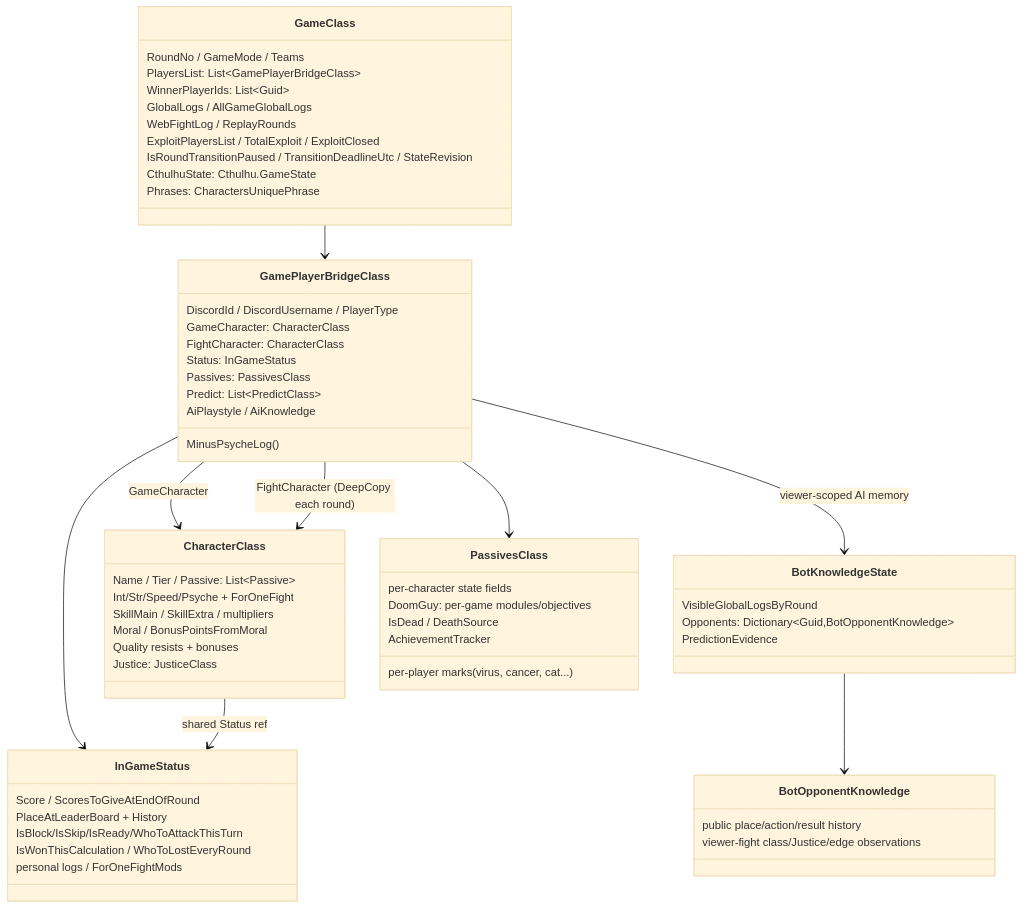
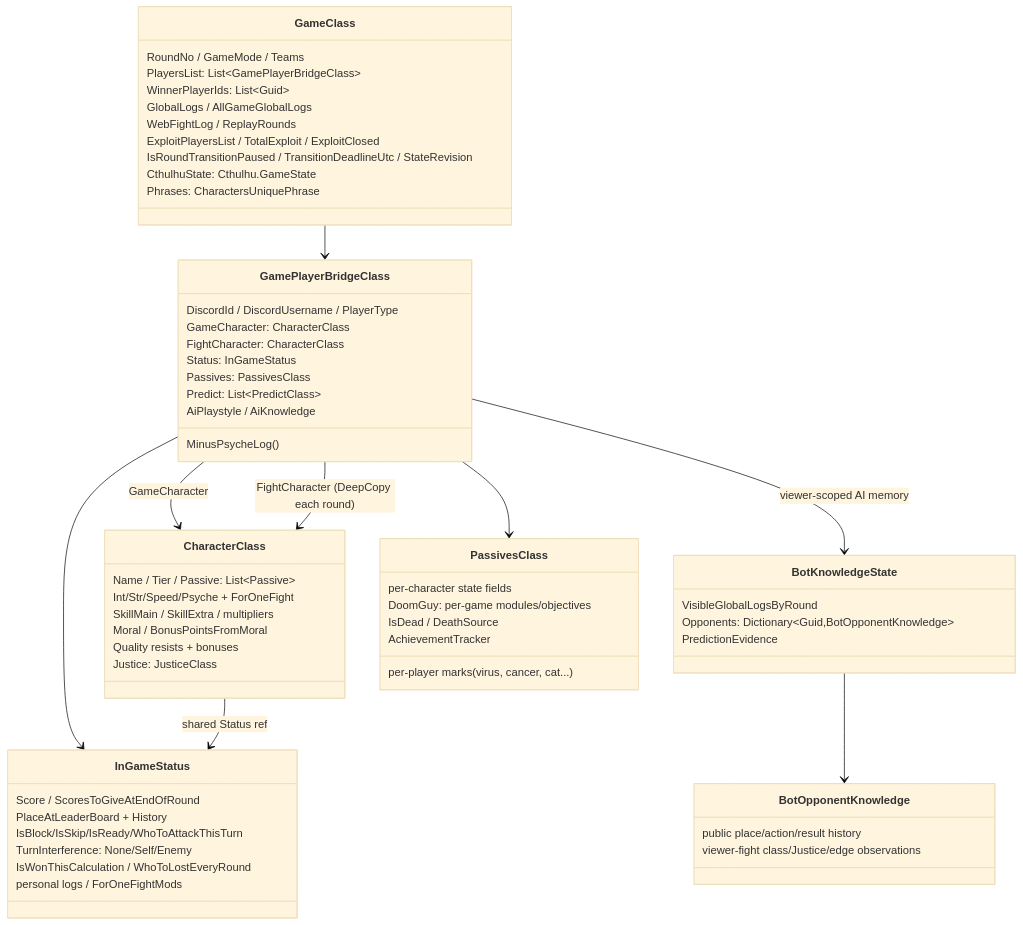
The second of 2 diagrams in docs/ARCHITECTURE.md (akulihin/King-of-the-Garbage-Hill), drawn with Mermaid (base theme) before and after one commit. The commit also changed other lines of this file and 45 other files, not shown here.

````diff
--- a/docs/ARCHITECTURE.md
+++ b/docs/ARCHITECTURE.md
@@ -31,63 +31,64 @@
 ```mermaid
 classDiagram
     class GameClass {
         RoundNo / GameMode / Teams
         PlayersList: List~GamePlayerBridgeClass~
         WinnerPlayerIds: List~Guid~
         GlobalLogs / AllGameGlobalLogs
         WebFightLog / ReplayRounds
         ExploitPlayersList / TotalExploit / ExploitClosed
         IsRoundTransitionPaused / TransitionDeadlineUtc / StateRevision
         CthulhuState: Cthulhu.GameState
         Phrases: CharactersUniquePhrase
     }
     class GamePlayerBridgeClass {
         DiscordId / DiscordUsername / PlayerType
         GameCharacter: CharacterClass
         FightCharacter: CharacterClass
         Status: InGameStatus
         Passives: PassivesClass
         Predict: List~PredictClass~
         AiPlaystyle / AiKnowledge
         MinusPsycheLog()
     }
     class BotKnowledgeState {
         VisibleGlobalLogsByRound
         Opponents: Dictionary~Guid,BotOpponentKnowledge~
         PredictionEvidence
     }
     class BotOpponentKnowledge {
         public place/action/result history
         viewer-fight class/Justice/edge observations
     }
     class CharacterClass {
         Name / Tier / Passive: List~Passive~
         Int/Str/Speed/Psyche + ForOneFight
         SkillMain / SkillExtra / multipliers
         Moral / BonusPointsFromMoral
         Quality resists + bonuses
         Justice: JusticeClass
     }
     class InGameStatus {
         Score / ScoresToGiveAtEndOfRound
         PlaceAtLeaderBoard + History
         IsBlock/IsSkip/IsReady/WhoToAttackThisTurn
+        TurnInterference: None/Self/Enemy
         IsWonThisCalculation / WhoToLostEveryRound
         personal logs / ForOneFightMods
     }
     class PassivesClass {
         per-character state fields
         DoomGuy: per-game modules/objectives
         per-player marks (virus, cancer, cat...)
         IsDead / DeathSource
         AchievementTracker
     }
     GameClass --> GamePlayerBridgeClass
     GamePlayerBridgeClass --> CharacterClass : GameCharacter
     GamePlayerBridgeClass --> CharacterClass : FightCharacter (DeepCopy each round)
     GamePlayerBridgeClass --> InGameStatus
     GamePlayerBridgeClass --> PassivesClass
     GamePlayerBridgeClass --> BotKnowledgeState : viewer-scoped AI memory
     BotKnowledgeState --> BotOpponentKnowledge
     CharacterClass --> InGameStatus : shared Status ref
 ```
````
